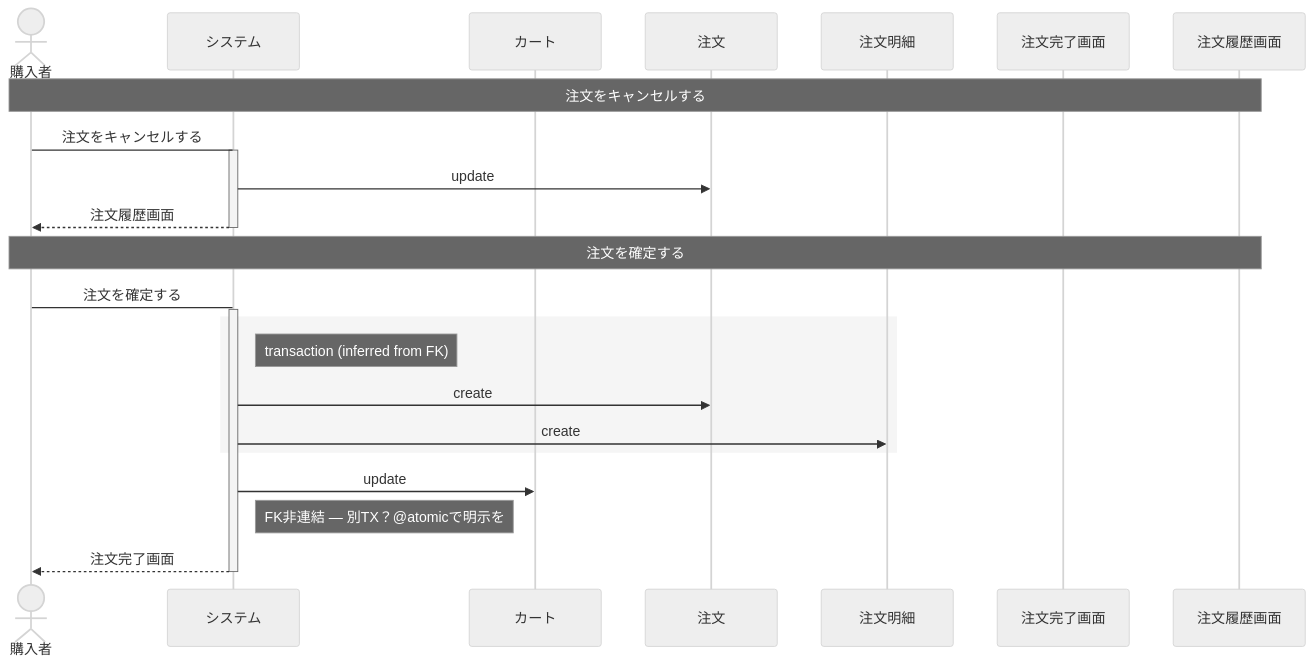
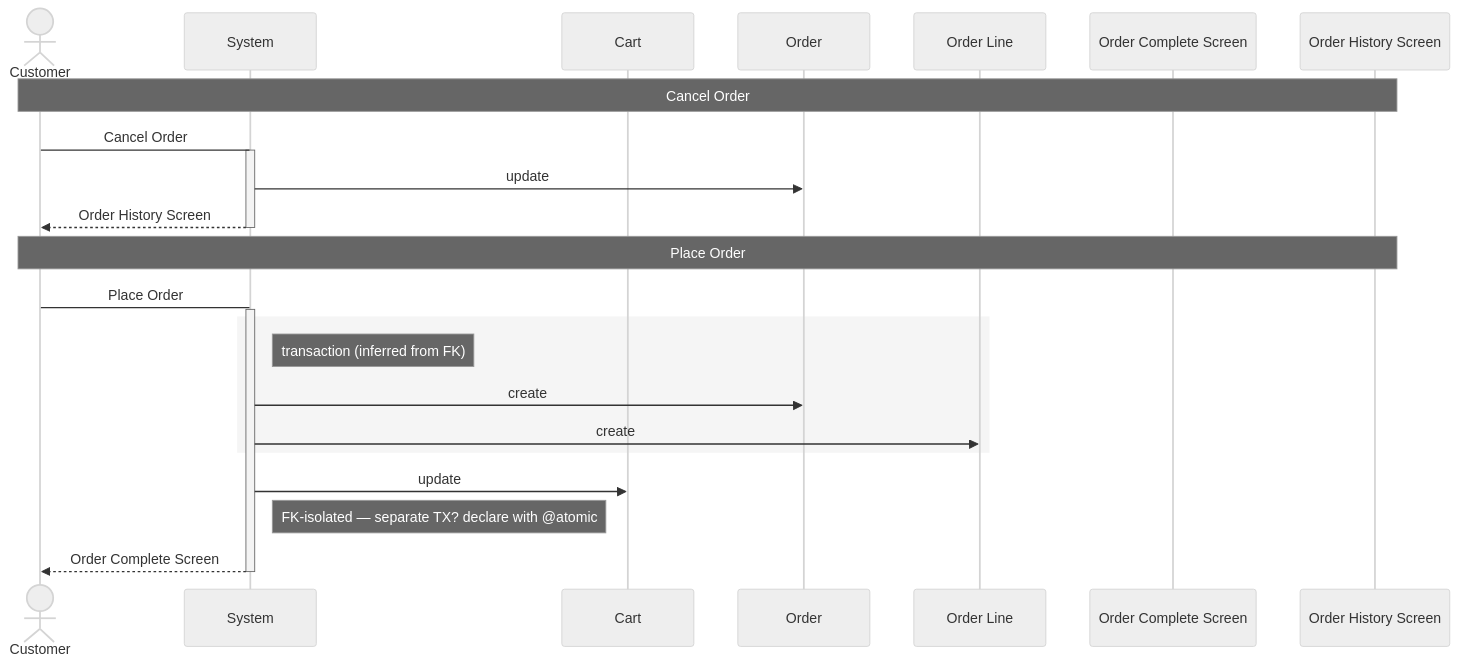
One commit to manji-0/rdra-ish-dsl changed the fourth of 4 diagrams in README.md. Above: the diagram before and after it, drawn with Mermaid (neutral theme). The commit also changed other lines of this file and 15 other files, not shown here.

````diff
--- a/README.md
+++ b/README.md
@@ -391,30 +450,30 @@
 ```mermaid
 sequenceDiagram
-  actor Customer as 購入者
-  participant System as システム
-  participant Cart as カート
-  participant Order as 注文
-  participant OrderLine as 注文明細
-  participant OrderCompleteScreen as 注文完了画面
-  participant OrderHistoryScreen as 注文履歴画面
+  actor Customer as Customer
+  participant System as System
+  participant Cart as Cart
+  participant Order as Order
+  participant OrderLine as Order Line
+  participant OrderCompleteScreen as Order Complete Screen
+  participant OrderHistoryScreen as Order History Screen
 
-  Note over Customer,OrderHistoryScreen: 注文をキャンセルする
-  Customer->System: 注文をキャンセルする
+  Note over Customer,OrderHistoryScreen: Cancel Order
+  Customer->System: Cancel Order
   activate System
   System->>Order: update
-  System-->>Customer: 注文履歴画面
+  System-->>Customer: Order History Screen
   deactivate System
 
-  Note over Customer,OrderHistoryScreen: 注文を確定する
-  Customer->System: 注文を確定する
+  Note over Customer,OrderHistoryScreen: Place Order
+  Customer->System: Place Order
   activate System
   rect rgb(245,245,245)
     Note right of System: transaction (inferred from FK)
     System->>Order: create
     System->>OrderLine: create
   end
   System->>Cart: update
-  Note right of System: FK非連結 — 別TX？@atomicで明示を
-  System-->>Customer: 注文完了画面
+  Note right of System: FK-isolated — separate TX? declare with @atomic
+  System-->>Customer: Order Complete Screen
   deactivate System
 ```
````
